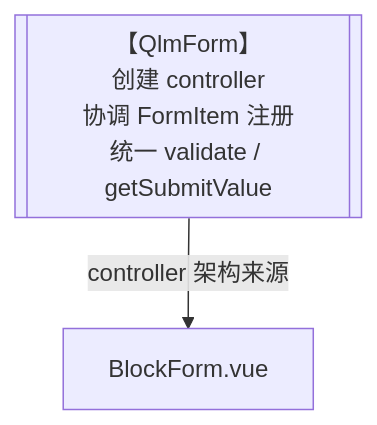
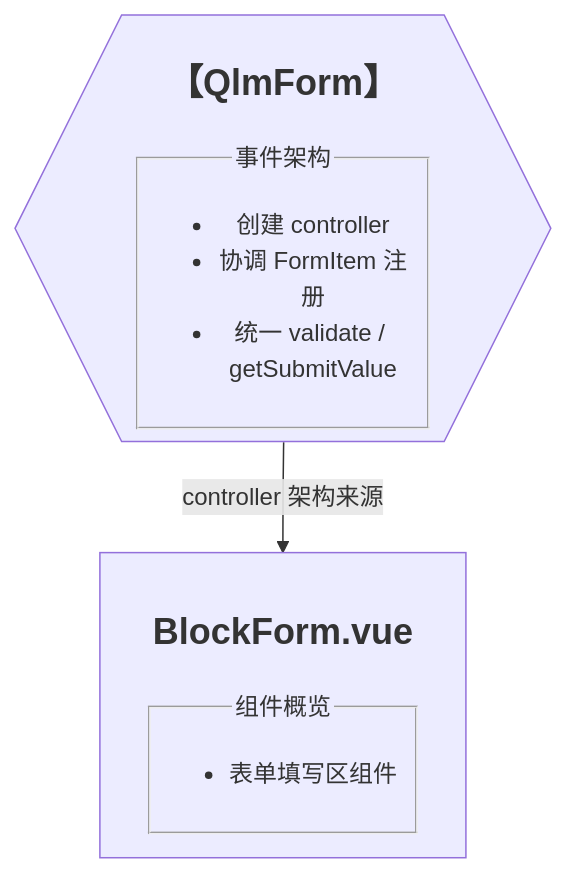
One commit to KarnaughK/AIPD changed the sixth of 9 diagrams in src/core/L5-dev/vue-architecture-diagram-guide.md. Above: the diagram before and after it, drawn with Mermaid. The commit also changed other lines of this file, not shown here.

Commit message:
更新 Vue 架构图指引

````diff
--- a/src/core/L5-dev/vue-architecture-diagram-guide.md
+++ b/src/core/L5-dev/vue-architecture-diagram-guide.md
@@ -125,7 +212,7 @@
 ```mermaid
 flowchart TD
-    QlmFormController[["【QlmForm】<br/>创建 controller<br/>协调 FormItem 注册<br/>统一 validate / getSubmitValue"]]
-    BlockFormVue["BlockForm.vue"]
+    controller_QlmForm{{"<h2>【QlmForm】</h2><fieldset><legend>事件架构</legend><ul><li>创建 controller</li><li>协调 FormItem 注册</li><li>统一 validate / getSubmitValue</li></ul></fieldset>"}}
+    vue_BlockForm["<h2>BlockForm.vue</h2><fieldset><legend>组件概览</legend><ul><li>表单填写区组件</li></ul></fieldset>"]
 
-    QlmFormController -->|controller 架构来源| BlockFormVue
+    controller_QlmForm -->|controller 架构来源| vue_BlockForm
 ```
````
